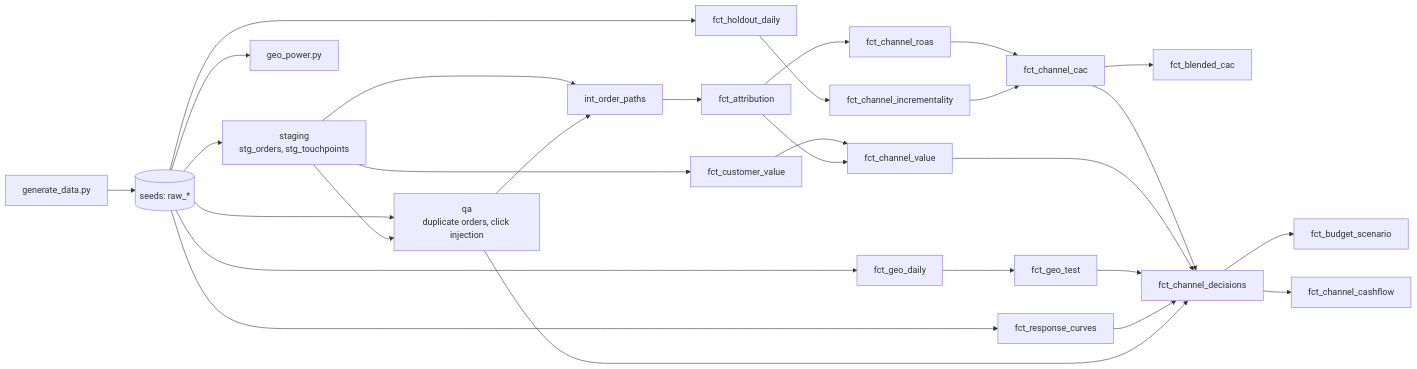
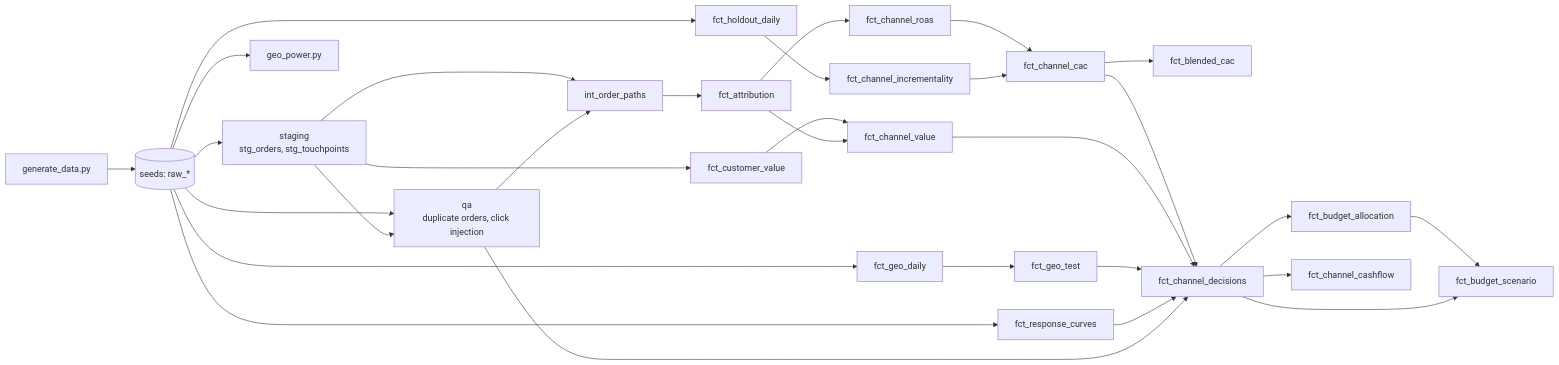
One commit to predkiewicz/marketing-measurement-lab changed the diagram in README.md. Above: the diagram before and after it, drawn with Mermaid. The commit also changed other lines of this file and 9 other files, not shown here.

````diff
--- a/README.md
+++ b/README.md
@@ -43,25 +43,26 @@
 ```mermaid
 flowchart LR
     gen[generate_data.py] --> raw[("seeds: raw_*")]
     raw --> stg[staging<br/>stg_orders, stg_touchpoints]
     raw --> qa[qa<br/>duplicate orders, click injection]
     stg --> qa
     stg --> paths[int_order_paths]
     qa --> paths
     paths --> attr[fct_attribution] --> roas[fct_channel_roas]
     raw --> hold[fct_holdout_daily] --> incr[fct_channel_incrementality]
     raw --> curves[fct_response_curves]
     roas --> cac[fct_channel_cac]
     incr --> cac --> blended[fct_blended_cac]
     stg --> value[fct_customer_value] --> chval[fct_channel_value]
     attr --> chval
     raw --> geo[fct_geo_daily] --> geotest[fct_geo_test]
     cac --> dec[fct_channel_decisions]
     chval --> dec
     geotest --> dec
     curves --> dec
     qa --> dec
-    dec --> plan[fct_budget_scenario]
+    dec --> alloc[fct_budget_allocation] --> plan[fct_budget_scenario]
+    dec --> plan
     dec --> cash[fct_channel_cashflow]
     raw --> power[geo_power.py]
 ```
````
